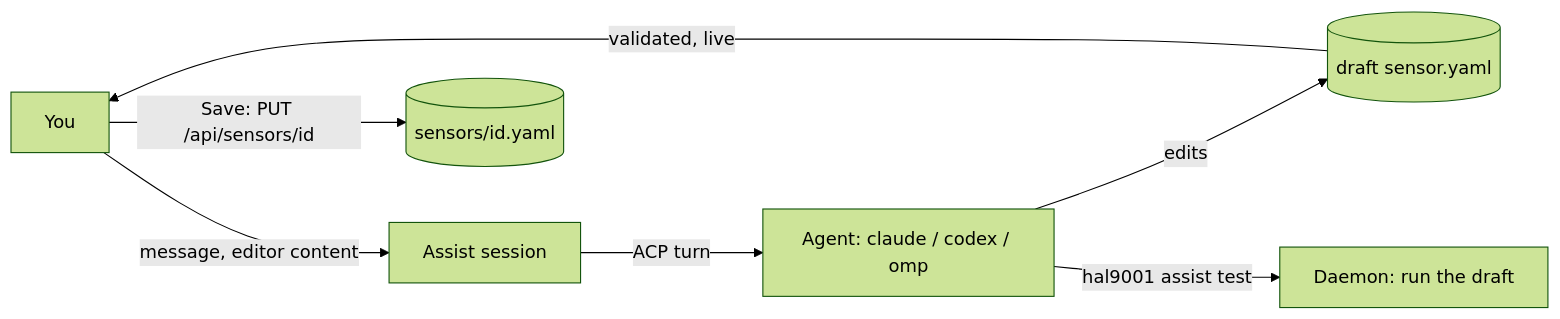
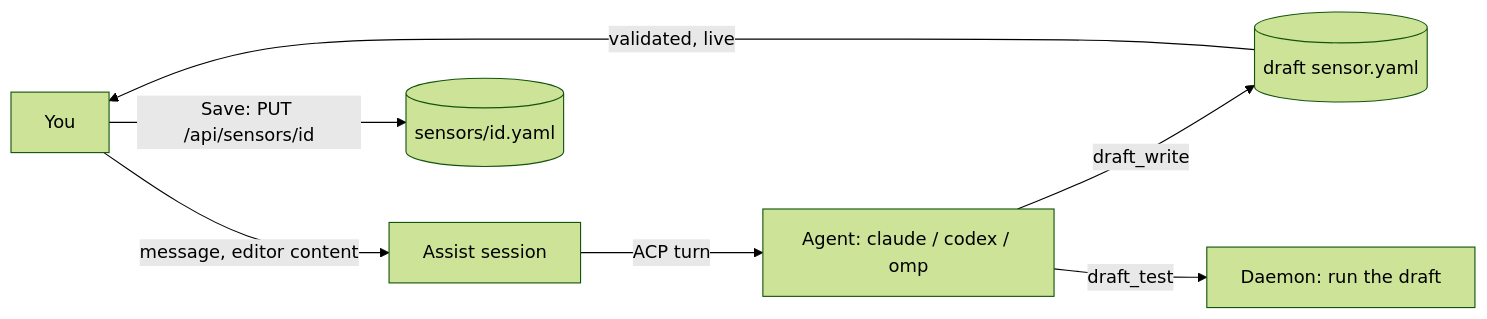
Before and after one commit to adamveld12/hal9001: the diagram in docs/assist.md, drawn with Mermaid (forest theme). The commit also changed other lines of this file and 51 other files, not shown here.

Commit message:
Lock agents down to hal's MCP tools: per-runtime lockdown (claude, codex, omp), reject-by-default agent policy, assist draft tools and preamble, universal prompt guard; drop allow.commands and native-tool policy

````diff
--- a/docs/assist.md
+++ b/docs/assist.md
@@ -8,9 +8,9 @@
 ```mermaid
 flowchart LR
   U[You] -->|message, editor content| S[Assist session]
   S -->|ACP turn| A[Agent: claude / codex / omp]
-  A -->|edits| D[(draft sensor.yaml)]
-  A -->|hal9001 assist test| T[Daemon: run the draft]
+  A -->|draft_write| D[(draft sensor.yaml)]
+  A -->|draft_test| T[Daemon: run the draft]
   D -->|validated, live| U
   U -->|Save: PUT /api/sensors/id| F[(sensors/id.yaml)]
 ```
````
